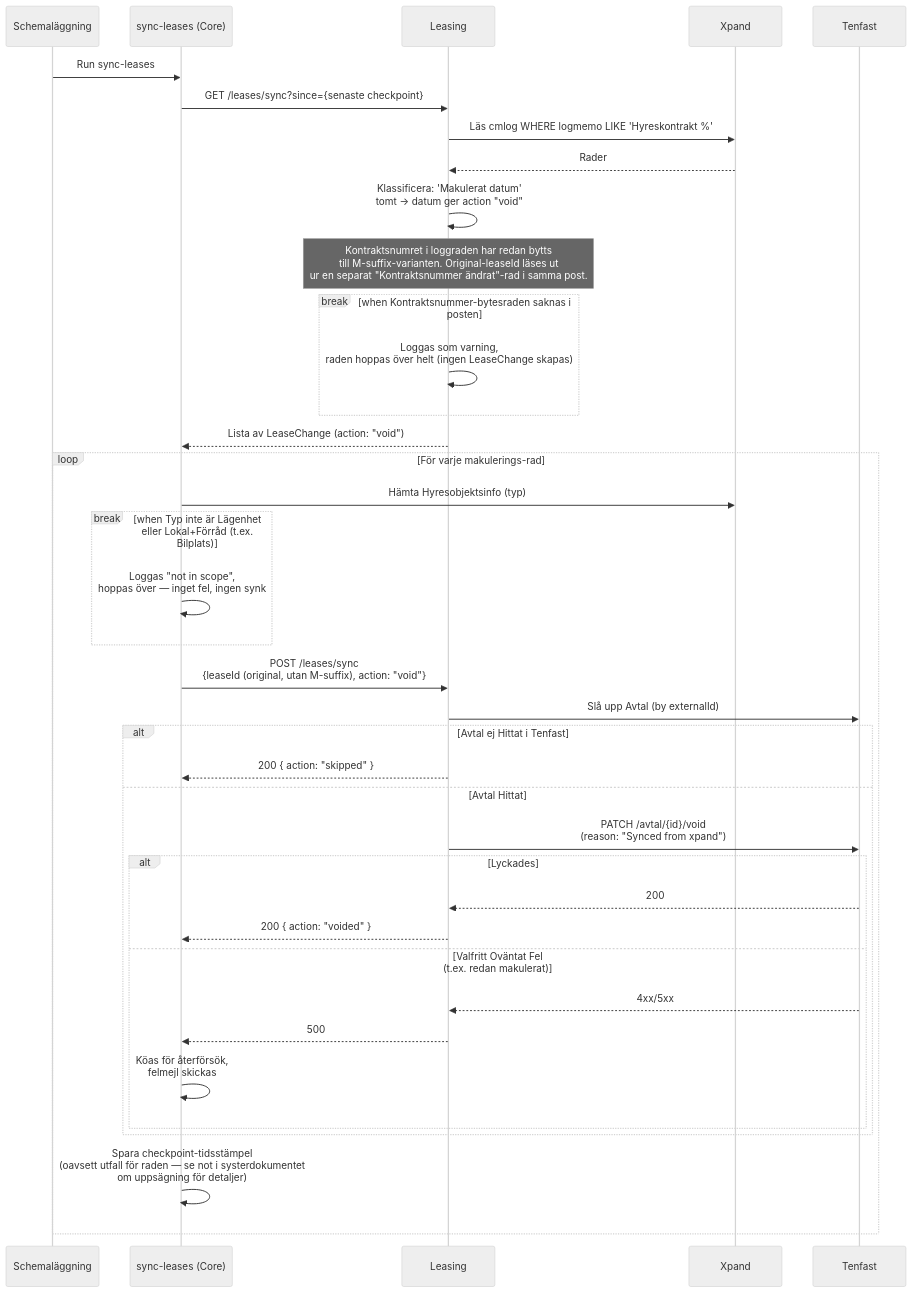
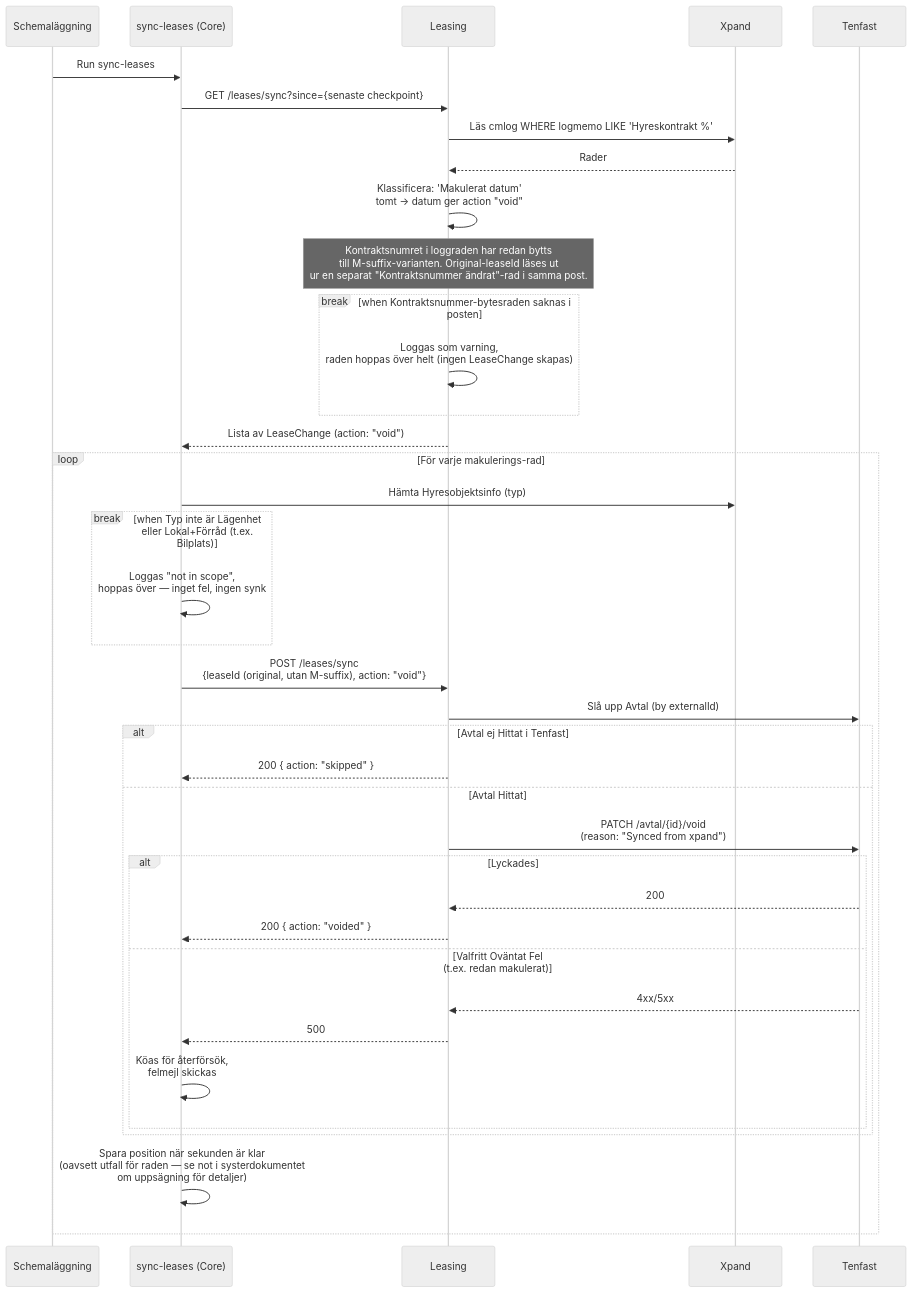
The second of 2 diagrams in core/src/processes/leasetermination/DOCS_Void_Lease_via_Xpand_Sync.md (Bostads-AB-Mimer/onecore), drawn with Mermaid (neutral theme) before and after one commit. The commit also changed other lines of this file and 6 other files, not shown here.

````diff
--- a/core/src/processes/leasetermination/DOCS_Void_Lease_via_Xpand_Sync.md
+++ b/core/src/processes/leasetermination/DOCS_Void_Lease_via_Xpand_Sync.md
@@ -35,50 +35,50 @@
 ```mermaid
 sequenceDiagram
     participant CronJob as Schemaläggning
     participant SyncScript as sync-leases (Core)
     participant Leasing as Leasing
     participant Xpand as Xpand
     participant Tenfast as Tenfast
 
     CronJob ->> SyncScript: Run sync-leases
     SyncScript ->> Leasing: GET /leases/sync?since={senaste checkpoint}
     Leasing ->> Xpand: Läs cmlog WHERE logmemo LIKE 'Hyreskontrakt %'
     Xpand -->> Leasing: Rader
     Leasing ->> Leasing: Klassificera: 'Makulerat datum'<br/>tomt → datum ger action "void"
 
     note over Leasing: Kontraktsnumret i loggraden har redan bytts<br/>till M-suffix-varianten. Original-leaseId läses ut<br/>ur en separat "Kontraktsnummer ändrat"-rad i samma post.
 
     break when Kontraktsnummer-bytesraden saknas i posten
         Leasing ->> Leasing: Loggas som varning,<br/>raden hoppas över helt (ingen LeaseChange skapas)
     end
 
     Leasing -->> SyncScript: Lista av LeaseChange (action: "void")
 
     loop För varje makulerings-rad
         SyncScript ->> Xpand: Hämta Hyresobjektsinfo (typ)
 
         break when Typ inte är Lägenhet eller Lokal+Förråd (t.ex. Bilplats)
             SyncScript ->> SyncScript: Loggas "not in scope",<br/>hoppas över — inget fel, ingen synk
         end
 
         SyncScript ->> Leasing: POST /leases/sync<br/>{leaseId (original, utan M-suffix), action: "void"}
         Leasing ->> Tenfast: Slå upp Avtal (by externalId)
 
         alt Avtal ej Hittat i Tenfast
             Leasing-->>SyncScript: 200 { action: "skipped" }
         else Avtal Hittat
             Leasing ->> Tenfast: PATCH /avtal/{id}/void<br/>(reason: "Synced from xpand")
             alt Lyckades
                 Tenfast-->>Leasing: 200
                 Leasing-->>SyncScript: 200 { action: "voided" }
             else Valfritt Oväntat Fel<br/>(t.ex. redan makulerat)
                 Tenfast-->>Leasing: 4xx/5xx
                 Leasing-->>SyncScript: 500
                 SyncScript ->> SyncScript: Köas för återförsök,<br/>felmejl skickas
             end
         end
 
-        SyncScript ->> SyncScript: Spara checkpoint-tidsstämpel<br/>(oavsett utfall för raden — se not i systerdokumentet<br/>om uppsägning för detaljer)
+        SyncScript ->> SyncScript: Spara position när sekunden är klar<br/>(oavsett utfall för raden — se not i systerdokumentet<br/>om uppsägning för detaljer)
     end
 
 ```
````
